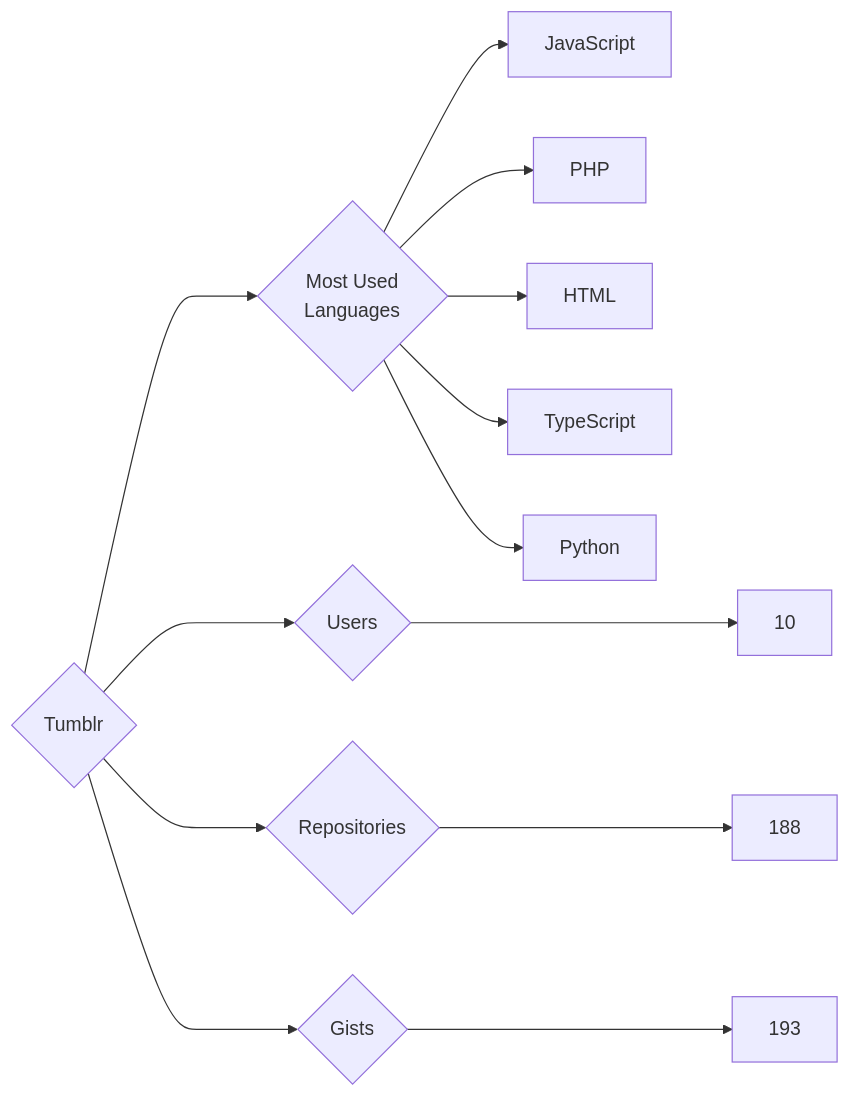
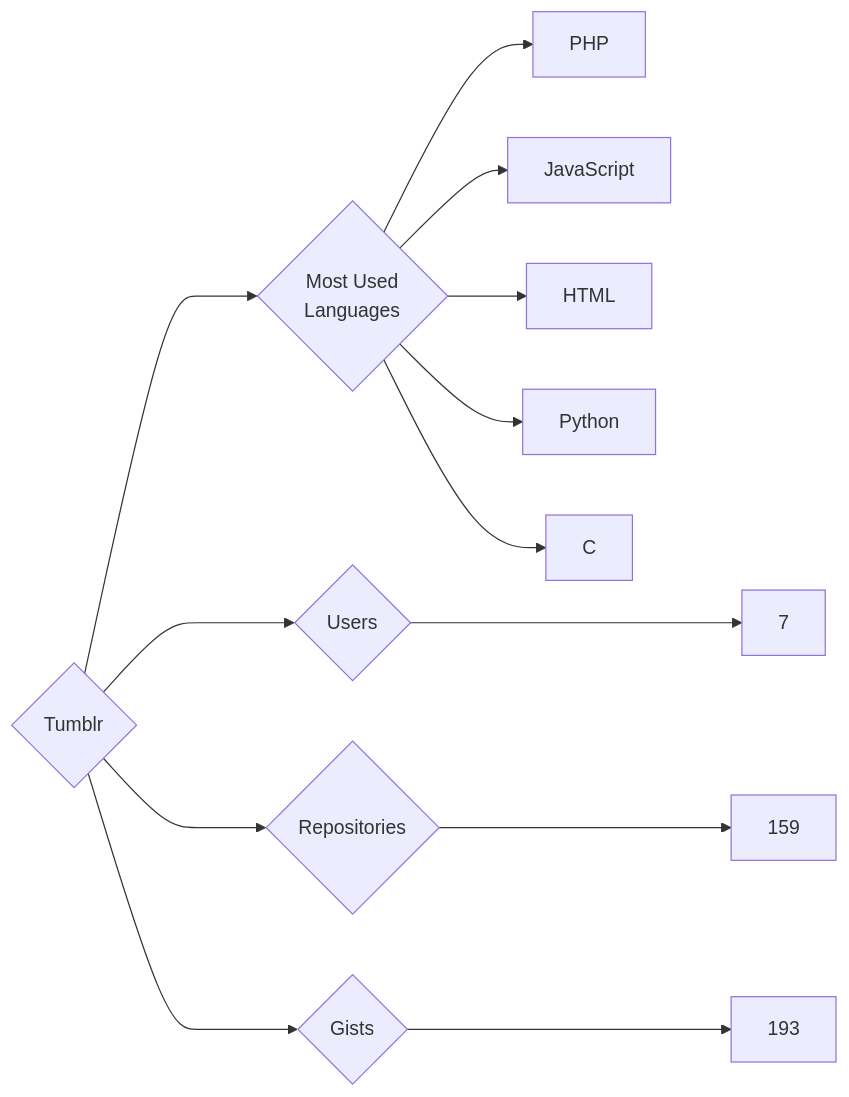
One commit to trickest/insiders changed the diagram in targets/Tumblr/README.md. Above: the diagram before and after it, drawn with Mermaid. The commit also changed 770 other files, not shown here.

````diff
--- a/targets/Tumblr/README.md
+++ b/targets/Tumblr/README.md
@@ -3,13 +3,13 @@
 ```mermaid
 graph LR
 COMPANY_NAME{Tumblr}
-COMPANY_NAME ---> U{Users} ---> UN[10]
-COMPANY_NAME ---> R{Repositories} ---> RN[188]
+COMPANY_NAME ---> U{Users} ---> UN[7]
+COMPANY_NAME ---> R{Repositories} ---> RN[159]
 COMPANY_NAME ---> G{Gists} ---> GN[193]
 COMPANY_NAME ---> ML{Most Used<br>Languages}
+ML --> PHP[PHP]
 ML --> JavaScript[JavaScript]
-ML --> PHP[PHP]
 ML --> HTML[HTML]
-ML --> TypeScript[TypeScript]
 ML --> Python[Python]
+ML --> C[C]
 ```
````
